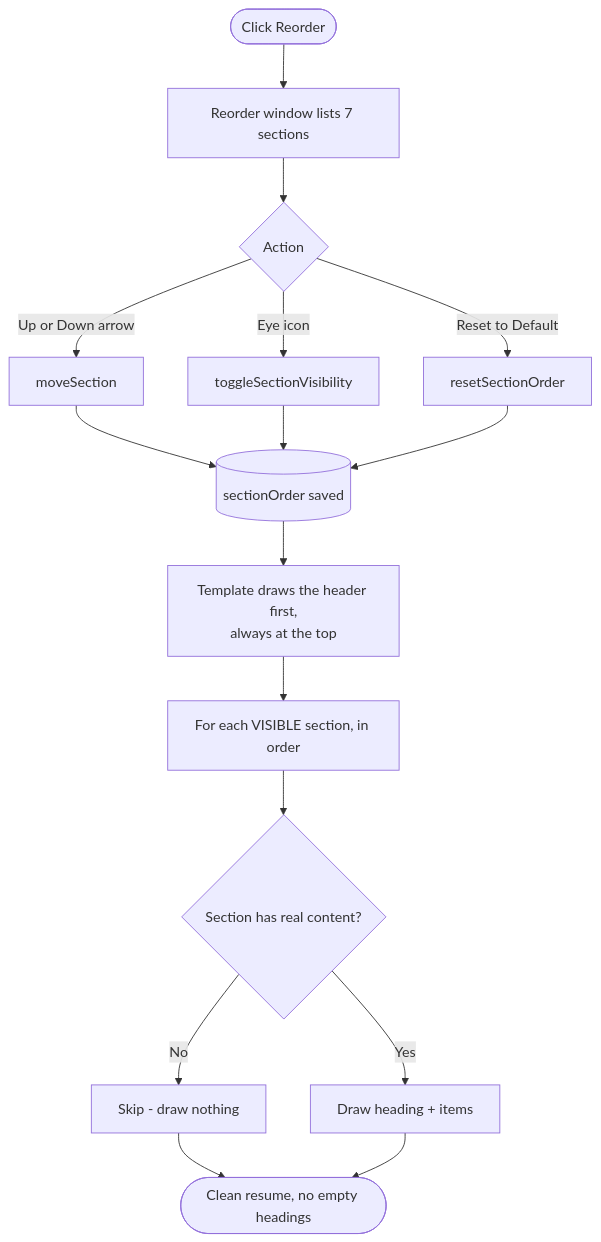
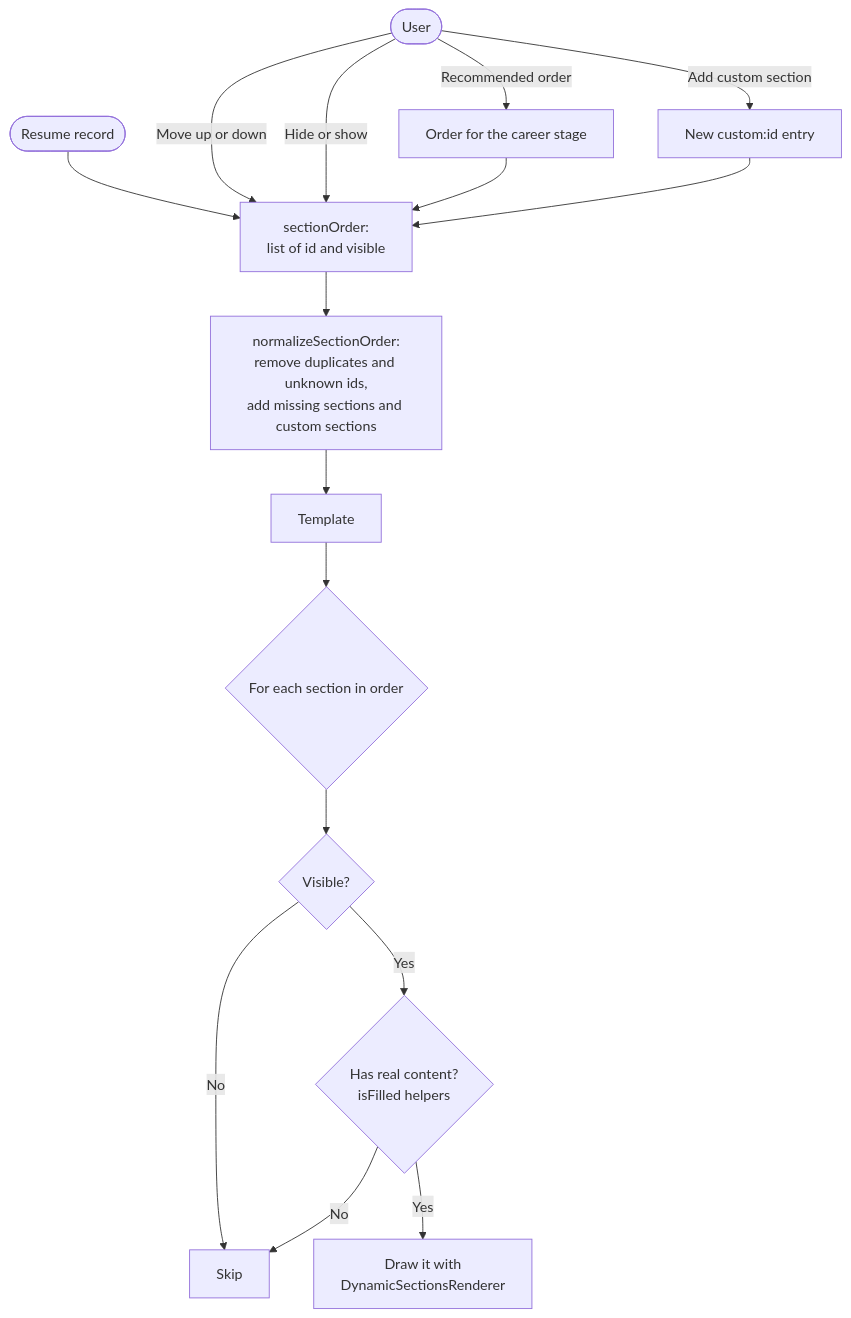
One commit to silent-coder-dev/ai-resume-builder changed diagram 17 of 30 in doc/04-FLOWCHARTS.md. Above: the diagram before and after it, drawn with Mermaid. The commit also changed other lines of this file and 122 other files, not shown here.

````diff
--- a/doc/04-FLOWCHARTS.md
+++ b/doc/04-FLOWCHARTS.md
@@ -343,18 +431,17 @@
 ```mermaid
 flowchart TD
-    A(["Click Reorder"]) --> B["Reorder window lists 7 sections"]
-    B --> C{"Action"}
-    C -->|Up or Down arrow| D["moveSection"]
-    C -->|Eye icon| E["toggleSectionVisibility"]
-    C -->|Reset to Default| F["resetSectionOrder"]
-    D --> G[("sectionOrder saved")]
-    E --> G
-    F --> G
-    G --> H["Template draws the header first,<br/>always at the top"]
-    H --> I["For each VISIBLE section, in order"]
-    I --> J{"Section has real content?"}
-    J -->|No| K["Skip - draw nothing"]
-    J -->|Yes| L["Draw heading + items"]
-    K --> M(["Clean resume, no empty headings"])
-    L --> M
+    A(["Resume record"]) --> O["sectionOrder:<br/>list of id and visible"]
+    O --> N["normalizeSectionOrder:<br/>remove duplicates and unknown ids,<br/>add missing sections and custom sections"]
+    N --> T["Template"]
+    T --> L{"For each section in order"}
+    L --> V{"Visible?"}
+    V -->|No| SKIP["Skip"]
+    V -->|Yes| H{"Has real content?<br/>isFilled helpers"}
+    H -->|No| SKIP
+    H -->|Yes| DRAW["Draw it with<br/>DynamicSectionsRenderer"]
+
+    U(["User"]) -->|"Move up or down"| O
+    U -->|"Hide or show"| O
+    U -->|"Recommended order"| R["Order for the career stage"] --> O
+    U -->|"Add custom section"| CS["New custom:id entry"] --> O
 ```
````
